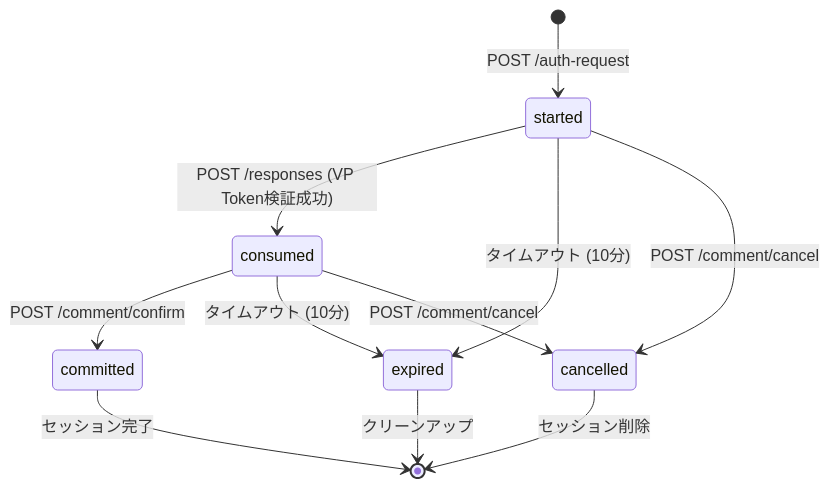
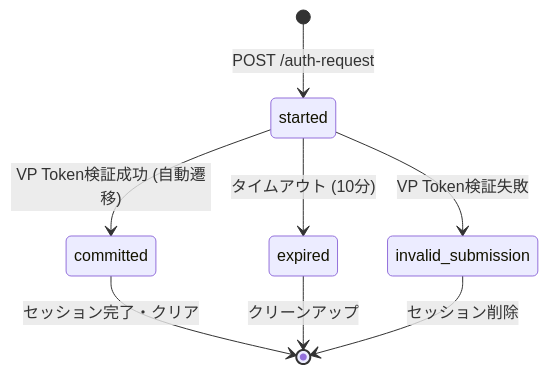
Before and after one commit to OWND-Project/OWND-Project-VP: the second of 2 diagrams in docs/oid4vp-implementation.md, drawn with Mermaid. The commit also changed other lines of this file and 4 other files, not shown here.

````diff
--- a/docs/oid4vp-implementation.md
+++ b/docs/oid4vp-implementation.md
@@ -892,15 +729,12 @@
 ```mermaid
 stateDiagram-v2
     [*] --> started: POST /auth-request
-    started --> consumed: POST /responses (VP Token検証成功)
-    consumed --> committed: POST /comment/confirm
-    committed --> [*]: セッション完了
+    started --> committed: VP Token検証成功 (自動遷移)
+    committed --> [*]: セッション完了・クリア
 
     started --> expired: タイムアウト (10分)
-    consumed --> expired: タイムアウト (10分)
     expired --> [*]: クリーンアップ
 
-    started --> cancelled: POST /comment/cancel
-    consumed --> cancelled: POST /comment/cancel
-    cancelled --> [*]: セッション削除
+    started --> invalid_submission: VP Token検証失敗
+    invalid_submission --> [*]: セッション削除
 ```
````
